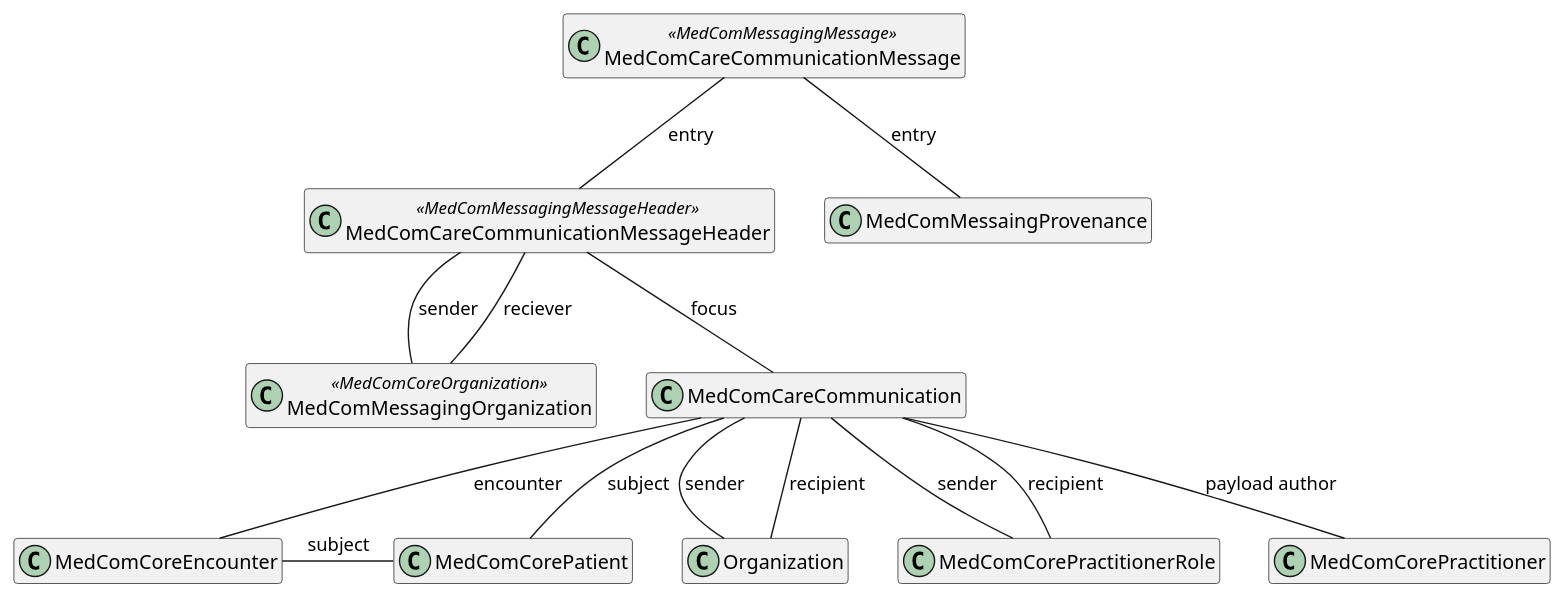
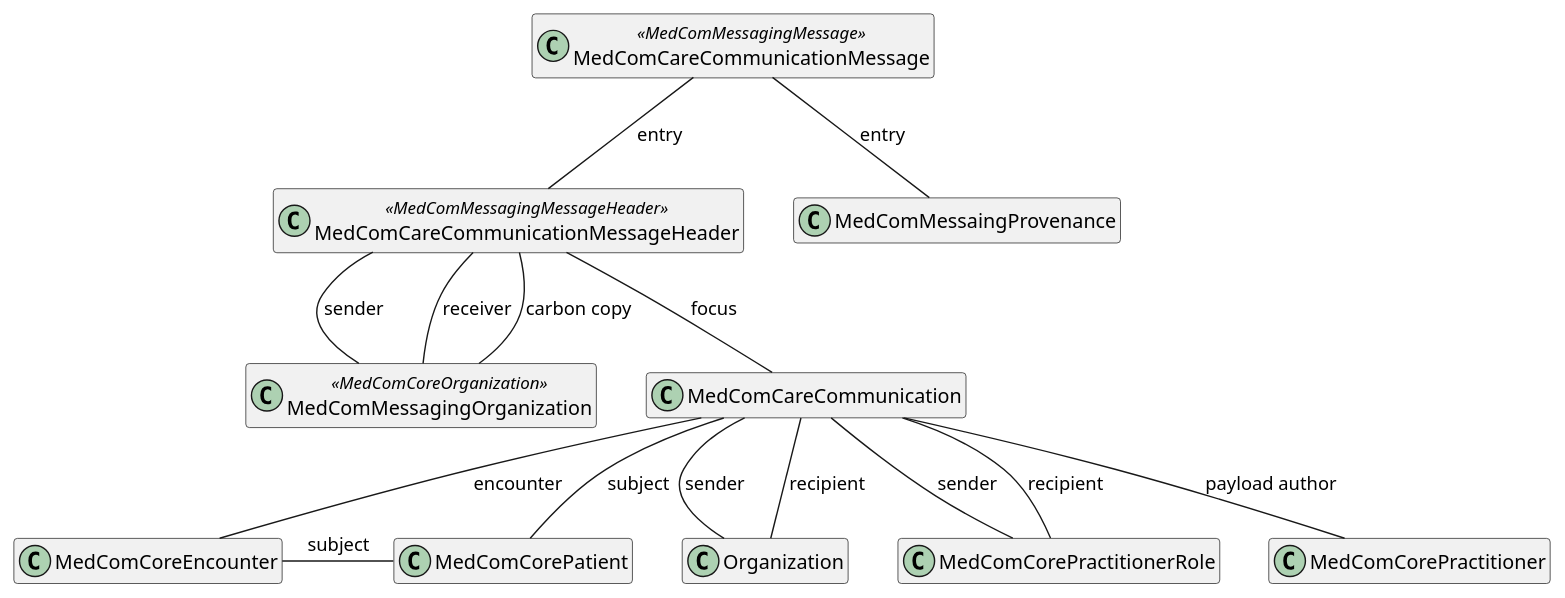
Before and after one commit to medcomdk/dk-medcom-carecommunication: the diagram in puml/CareCommunication.puml, drawn with PlantUML. The commit also changed 2 other files, not shown here.

```diff
--- a/puml/CareCommunication.puml
+++ b/puml/CareCommunication.puml
@@ -1,30 +1,31 @@
 @startuml CareCommunication
 
 hide empty members
 
 class "MedComCareCommunicationMessage" as message <<MedComMessagingMessage>>
 class "MedComCareCommunicationMessageHeader" as messageheader <<MedComMessagingMessageHeader>>
 class "MedComMessaingProvenance" as provenance
 class "MedComMessagingOrganization" as messagingOrganization <<MedComCoreOrganization>>
 class "MedComCareCommunication" as communication
 class "MedComCorePatient" as patient
 class "MedComCoreEncounter" as encounter
 class "Organization" as recipientOrganization 
 class "MedComCorePractitionerRole" as recipientRole
 class "MedComCorePractitioner" as author
 
 message -- messageheader : "entry"
 message -- provenance : "entry"
 messageheader -- messagingOrganization : "sender"
-messageheader -- messagingOrganization : "reciever"
+messageheader -- messagingOrganization : "receiver"
+messageheader -- messagingOrganization : "carbon copy"
 messageheader -- communication : "focus"
 communication -- encounter : "encounter"
 communication -- patient : "subject"
 communication -- recipientOrganization : "sender"
 communication -- recipientRole : "sender"
 communication -- recipientOrganization : "recipient"
 communication -- recipientRole : "recipient"
 communication -- author : "payload author"
 
 encounter -patient :"subject"
 @enduml
```
